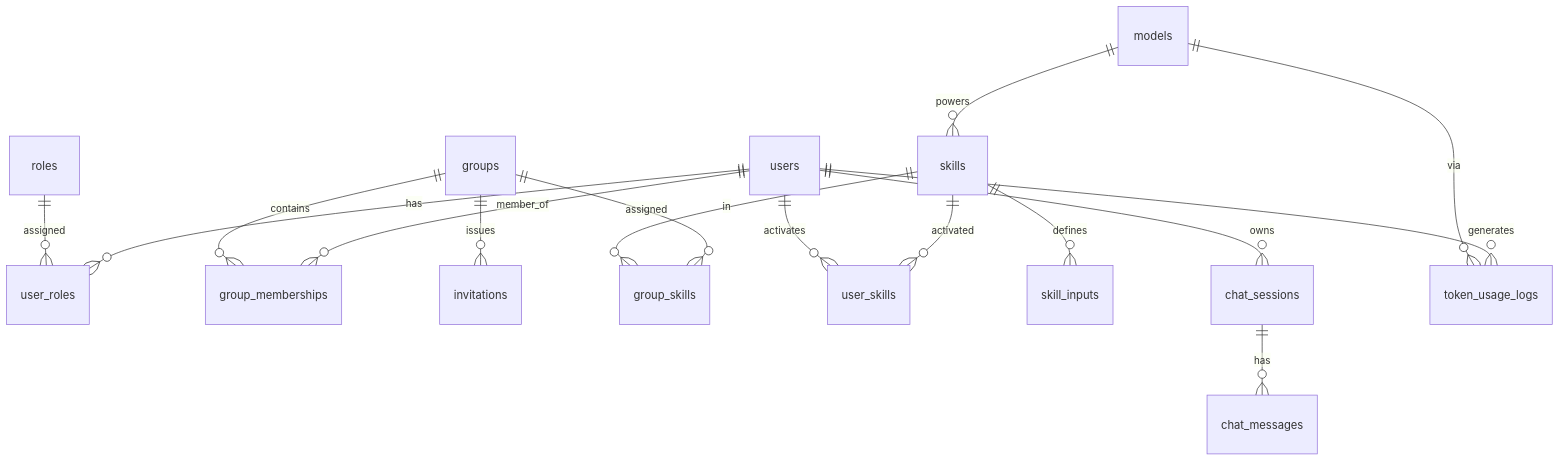
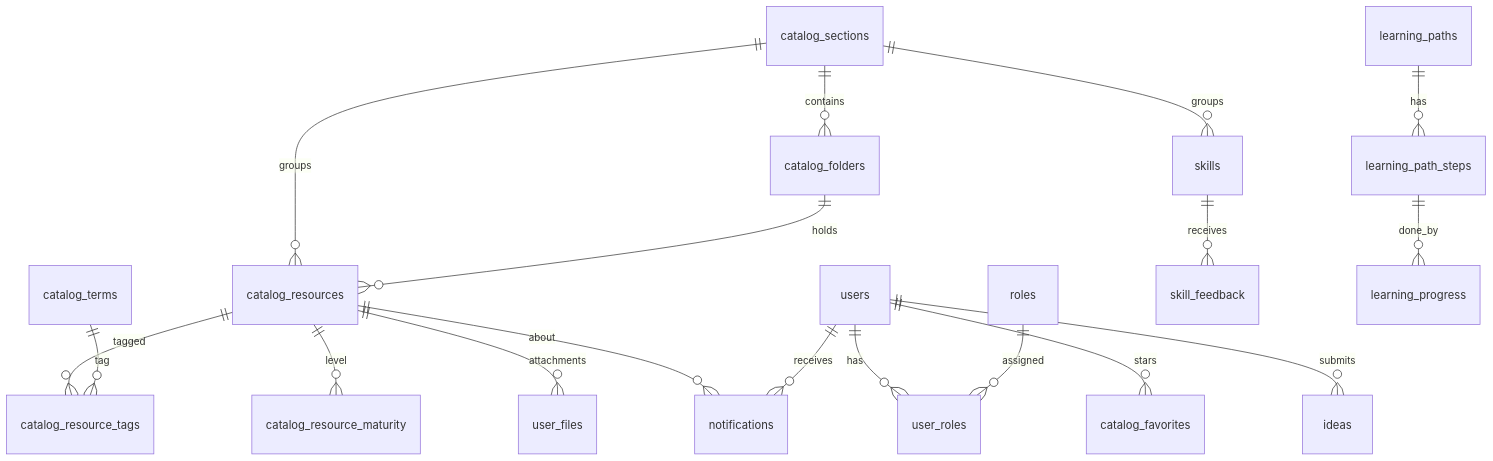
The diagram in Architecture.md (olexandrst/smart-digital-skills), drawn with Mermaid before and after one commit. The commit also changed other lines of this file and 77 other files, not shown here.

````diff
--- a/Architecture.md
+++ b/Architecture.md
@@ -149,18 +167,20 @@
 ```mermaid
 erDiagram
     users ||--o{ user_roles : has
     roles ||--o{ user_roles : assigned
-    users ||--o{ group_memberships : member_of
-    groups ||--o{ group_memberships : contains
-    groups ||--o{ invitations : issues
-    groups ||--o{ group_skills : assigned
-    skills ||--o{ group_skills : in
-    skills ||--o{ user_skills : activated
-    users ||--o{ user_skills : activates
-    skills ||--o{ skill_inputs : defines
-    models ||--o{ skills : powers
-    users ||--o{ chat_sessions : owns
-    chat_sessions ||--o{ chat_messages : has
-    users ||--o{ token_usage_logs : generates
-    models ||--o{ token_usage_logs : via
+    catalog_sections ||--o{ catalog_folders : contains
+    catalog_sections ||--o{ catalog_resources : groups
+    catalog_sections ||--o{ skills : groups
+    catalog_folders ||--o{ catalog_resources : holds
+    catalog_resources ||--o{ catalog_resource_tags : tagged
+    catalog_terms ||--o{ catalog_resource_tags : tag
+    catalog_resources ||--o{ catalog_resource_maturity : level
+    catalog_resources ||--o{ user_files : attachments
+    catalog_resources ||--o{ notifications : about
+    skills ||--o{ skill_feedback : receives
+    users ||--o{ catalog_favorites : stars
+    users ||--o{ notifications : receives
+    learning_paths ||--o{ learning_path_steps : has
+    learning_path_steps ||--o{ learning_progress : done_by
+    users ||--o{ ideas : submits
 ```
````
